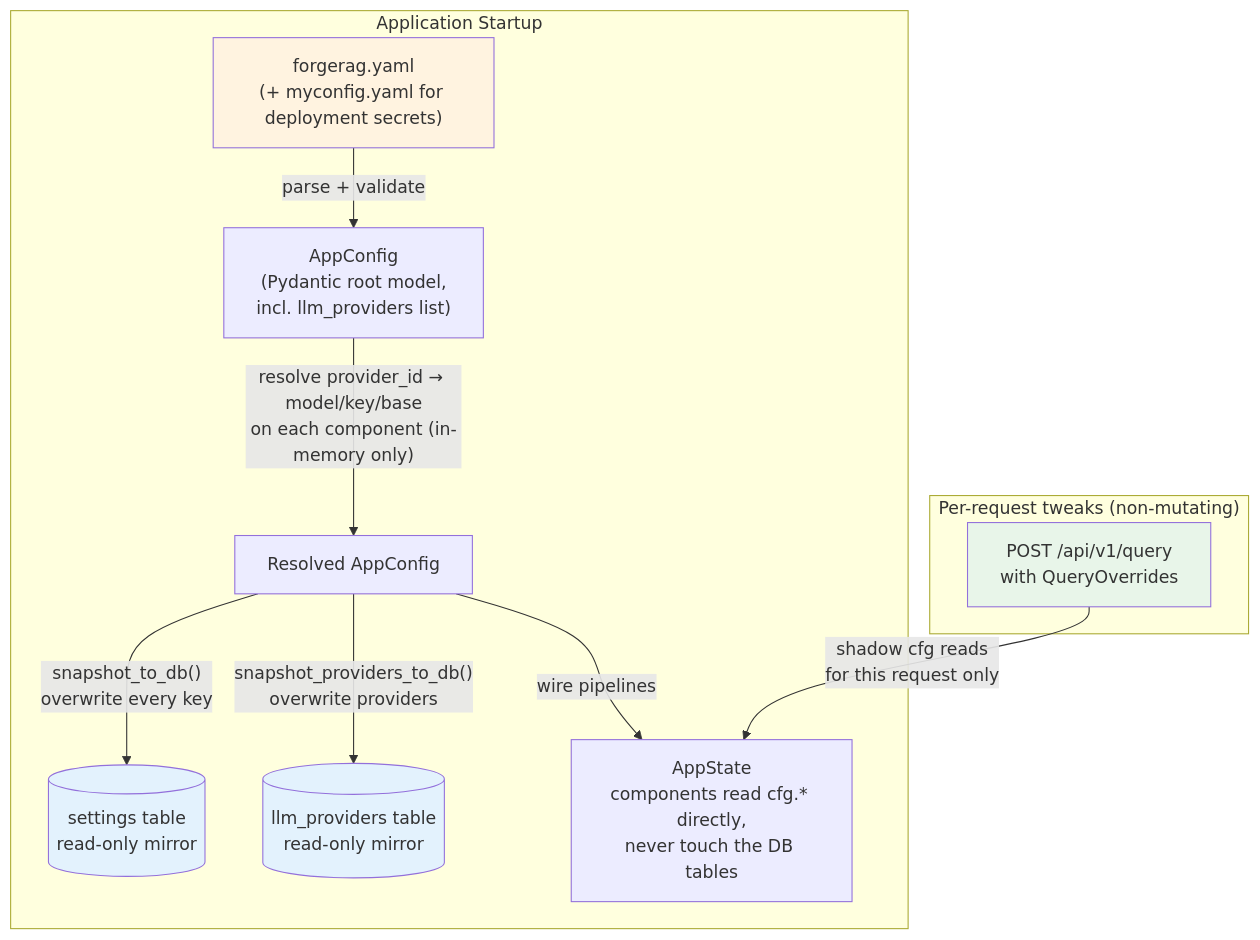
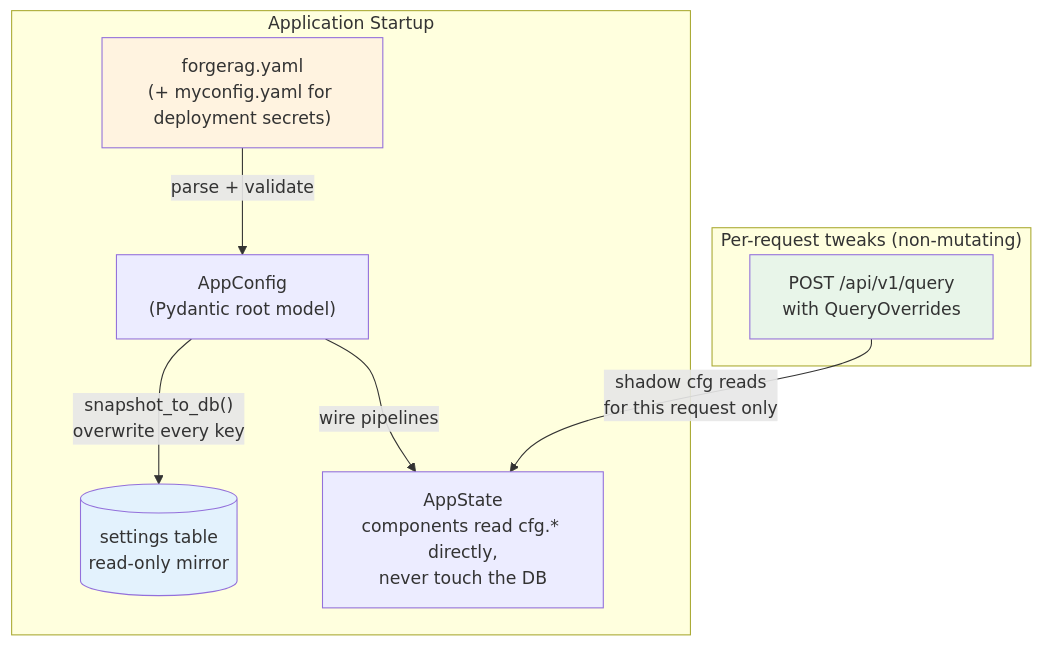
Before and after one commit to deeplethe/ForgeRAG: the eighth of 8 diagrams in docs/architecture.md, drawn with Mermaid. The commit also changed other lines of this file and 7 other files, not shown here.

````diff
--- a/docs/architecture.md
+++ b/docs/architecture.md
@@ -729,24 +728,20 @@
 ```mermaid
 flowchart TB
     subgraph Startup ["Application Startup"]
         YAML["forgerag.yaml<br/>(+ myconfig.yaml for deployment secrets)"]
-        YAML -->|"parse + validate"| AppCfg["AppConfig<br/>(Pydantic root model,<br/>incl. llm_providers list)"]
+        YAML -->|"parse + validate"| AppCfg["AppConfig<br/>(Pydantic root model)"]
 
-        AppCfg -->|"resolve provider_id → model/key/base<br/>on each component (in-memory only)"| Resolved["Resolved AppConfig"]
+        AppCfg -->|"snapshot_to_db()<br/>overwrite every key"| DB[("settings table<br/>read-only mirror")]
 
-        Resolved -->|"snapshot_to_db()<br/>overwrite every key"| DB[("settings table<br/>read-only mirror")]
-        Resolved -->|"snapshot_providers_to_db()<br/>overwrite providers"| ProvDB[("llm_providers table<br/>read-only mirror")]
-
-        Resolved -->|"wire pipelines"| State["AppState<br/>components read cfg.* directly,<br/>never touch the DB tables"]
+        AppCfg -->|"wire pipelines"| State["AppState<br/>components read cfg.* directly,<br/>never touch the DB"]
     end
 
     subgraph PerRequest ["Per-request tweaks (non-mutating)"]
         Req["POST /api/v1/query<br/>with QueryOverrides"]
         Req -->|"shadow cfg reads<br/>for this request only"| State
     end
 
     style YAML fill:#fff3e0
     style DB fill:#e3f2fd
-    style ProvDB fill:#e3f2fd
     style Req fill:#e8f5e9
 ```
````
